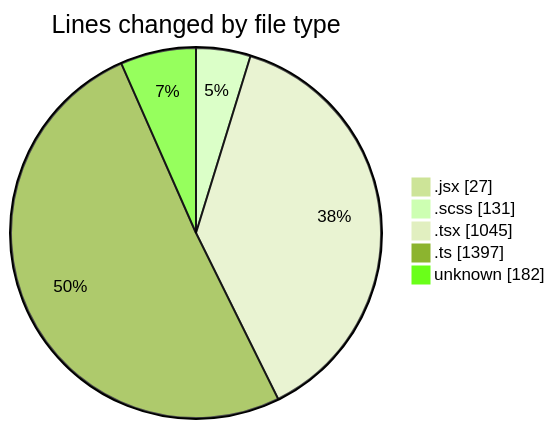
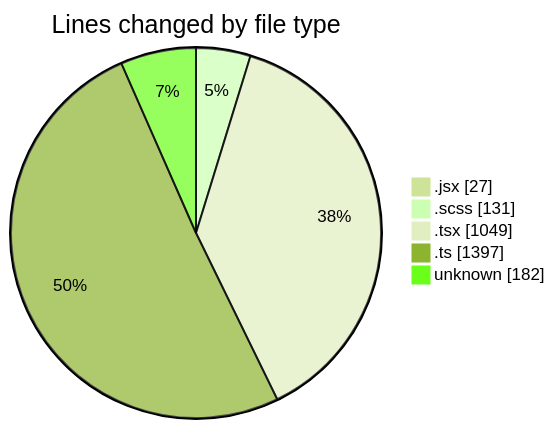
The first of 2 diagrams in 2026-03-16/cda/README.md (momahboobian/code-tracking), drawn with Mermaid (forest theme) before and after one commit. The commit also changed other lines of this file and 1 other file, not shown here.

````diff
--- a/2026-03-16/cda/README.md
+++ b/2026-03-16/cda/README.md
@@ -32,9 +32,9 @@
 ```mermaid
 pie showData
 title Lines changed by file type
 ".jsx" : 27
 ".scss" : 131
-".tsx" : 1045
+".tsx" : 1049
 ".ts" : 1397
 "unknown" : 182
 ```
````
